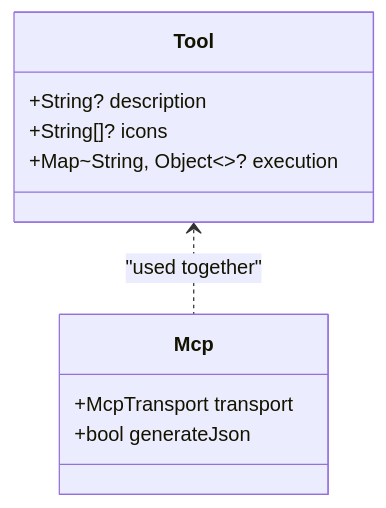
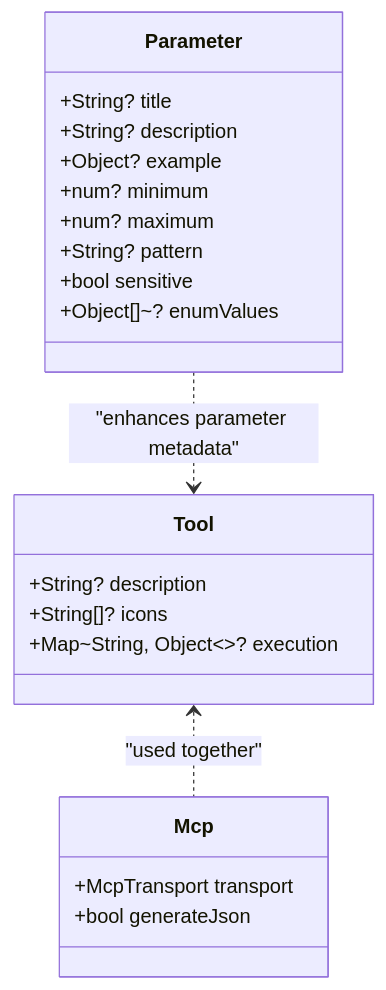
One commit to cdavis-code/easy_mcp_workspace changed the third of 7 diagrams in .qoder/repowiki/en/content/Annotations Reference/@Tool Annotation.md. Above: the diagram before and after it, drawn with Mermaid. The commit also changed other lines of this file and 13 other files, not shown here.

````diff
--- a/.qoder/repowiki/en/content/Annotations Reference/@Tool Annotation.md
+++ b/.qoder/repowiki/en/content/Annotations Reference/@Tool Annotation.md
@@ -115,13 +138,24 @@
 ```mermaid
 classDiagram
 class Tool {
 +String? description
 +String[]? icons
 +Map~String, Object~~? execution
 }
+class Parameter {
++String? title
++String? description
++Object? example
++num? minimum
++num? maximum
++String? pattern
++bool sensitive
++Object[]~? enumValues
+}
 class Mcp {
 +McpTransport transport
 +bool generateJson
 }
 Tool <.. Mcp : "used together"
+Parameter ..> Tool : "enhances parameter metadata"
 ```
````
